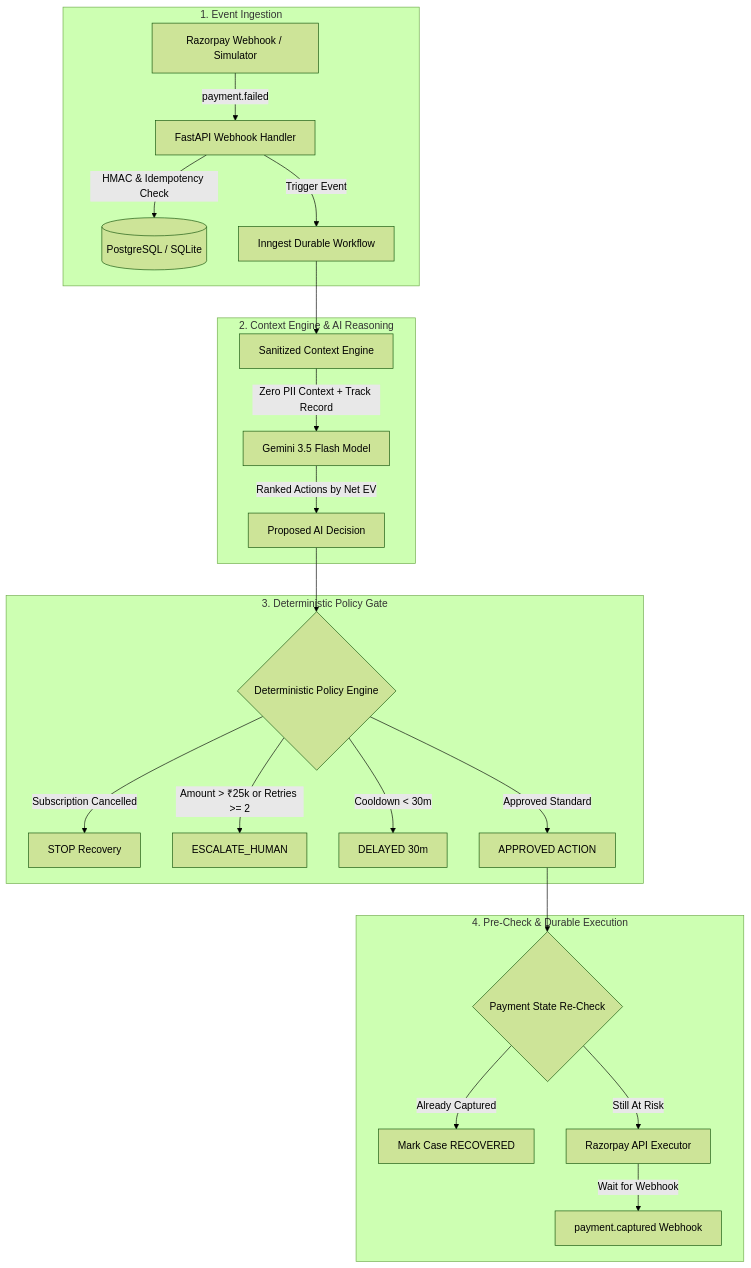
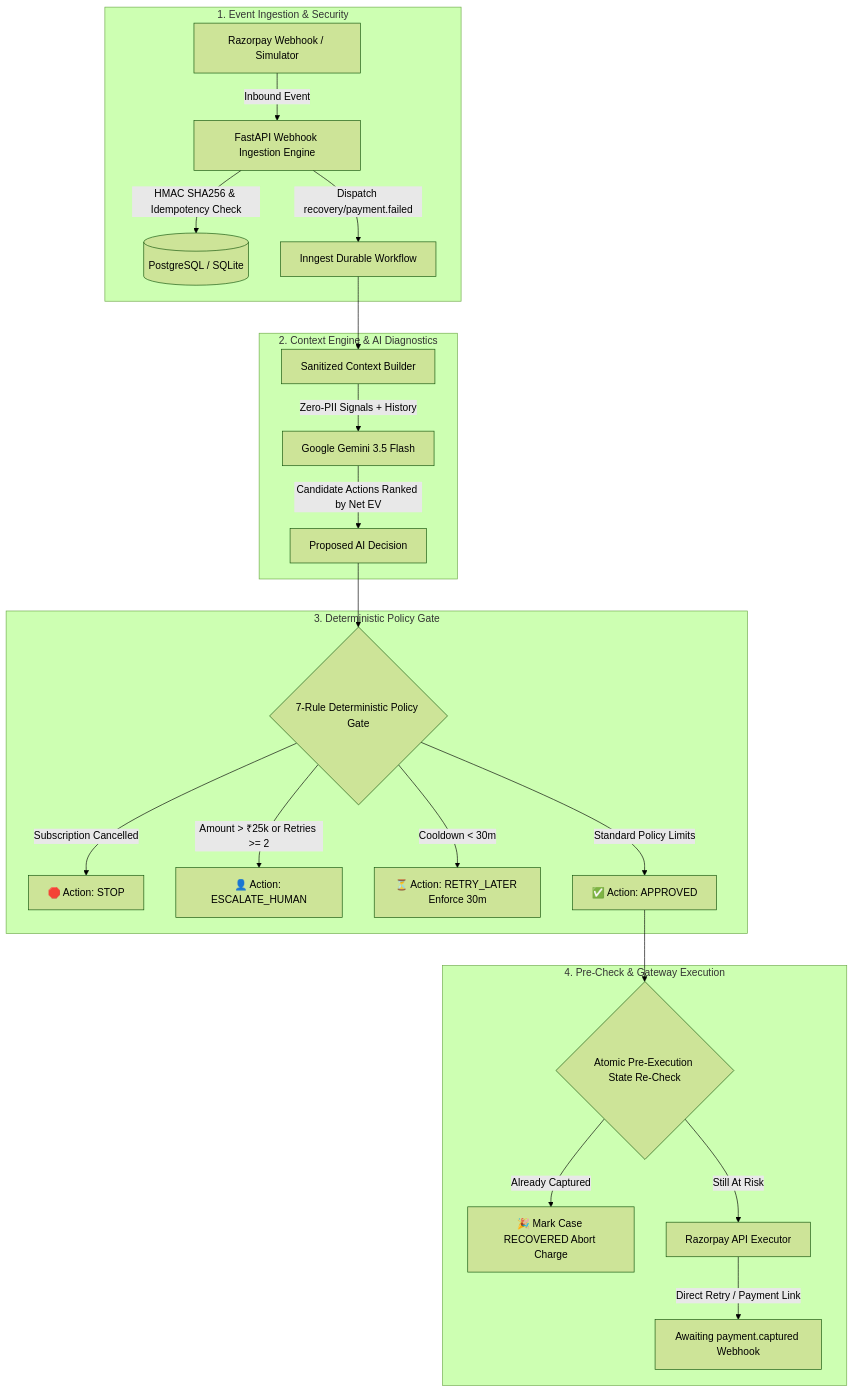
One commit to TwilightDawn7/AI-Revenue-Recovery-Agent changed the second of 2 diagrams in README.md. Above: the diagram before and after it, drawn with Mermaid (forest theme). The commit also changed other lines of this file and 7 other files, not shown here.

Commit message:
docs: enrich architecture, policy engine, evaluation, and recovery lifecycle documentation with rich mermaid diagrams

````diff
--- a/README.md
+++ b/README.md
@@ -42,29 +52,29 @@
 ```mermaid
 flowchart TD
-    subgraph Ingestion ["1. Event Ingestion"]
-        RZP[Razorpay Webhook / Simulator] -->|payment.failed| API[FastAPI Webhook Handler]
-        API -->|HMAC & Idempotency Check| DB[(PostgreSQL / SQLite)]
-        API -->|Trigger Event| ING[Inngest Durable Workflow]
+    subgraph Ingestion ["1. Event Ingestion & Security"]
+        RZP[Razorpay Webhook / Simulator] -->|Inbound Event| API[FastAPI Webhook Ingestion Engine]
+        API -->|HMAC SHA256 & Idempotency Check| DB[(PostgreSQL / SQLite)]
+        API -->|Dispatch recovery/payment.failed| ING[Inngest Durable Workflow]
     end
 
-    subgraph Intelligence ["2. Context Engine & AI Reasoning"]
-        ING --> CTX[Sanitized Context Engine]
-        CTX -->|Zero PII Context + Track Record| AI[Gemini 3.5 Flash Model]
-        AI -->|Ranked Actions by Net EV| PROPOSAL[Proposed AI Decision]
+    subgraph Intelligence ["2. Context Engine & AI Diagnostics"]
+        ING --> CTX[Sanitized Context Builder]
+        CTX -->|Zero-PII Signals + History| AI[Google Gemini 3.5 Flash]
+        AI -->|Candidate Actions Ranked by Net EV| PROPOSAL[Proposed AI Decision]
     end
 
     subgraph Safety ["3. Deterministic Policy Gate"]
-        PROPOSAL --> POL{Deterministic Policy Engine}
-        POL -->|Subscription Cancelled| STOP[STOP Recovery]
-        POL -->|Amount > ₹25k or Retries >= 2| ESC[ESCALATE_HUMAN]
-        POL -->|Cooldown < 30m| DELAY[DELAYED 30m]
-        POL -->|Approved Standard| AUTH[APPROVED ACTION]
+        PROPOSAL --> POL{7-Rule Deterministic Policy Gate}
+        POL -->|Subscription Cancelled| STOP[🛑 Action: STOP]
+        POL -->|Amount > ₹25k or Retries >= 2| ESC[👤 Action: ESCALATE_HUMAN]
+        POL -->|Cooldown < 30m| DELAY[⏳ Action: RETRY_LATER Enforce 30m]
+        POL -->|Standard Policy Limits| AUTH[✅ Action: APPROVED]
     end
 
-    subgraph Execution ["4. Pre-Check & Durable Execution"]
-        AUTH --> PRE{Payment State Re-Check}
-        PRE -->|Already Captured| RESOLVE[Mark Case RECOVERED]
+    subgraph Execution ["4. Pre-Check & Gateway Execution"]
+        AUTH --> PRE{Atomic Pre-Execution State Re-Check}
+        PRE -->|Already Captured| RESOLVE[🎉 Mark Case RECOVERED Abort Charge]
         PRE -->|Still At Risk| RZP_API[Razorpay API Executor]
-        RZP_API -->|Wait for Webhook| CAPTURE[payment.captured Webhook]
+        RZP_API -->|Direct Retry / Payment Link| CAPTURE[Awaiting payment.captured Webhook]
     end
 ```
````
